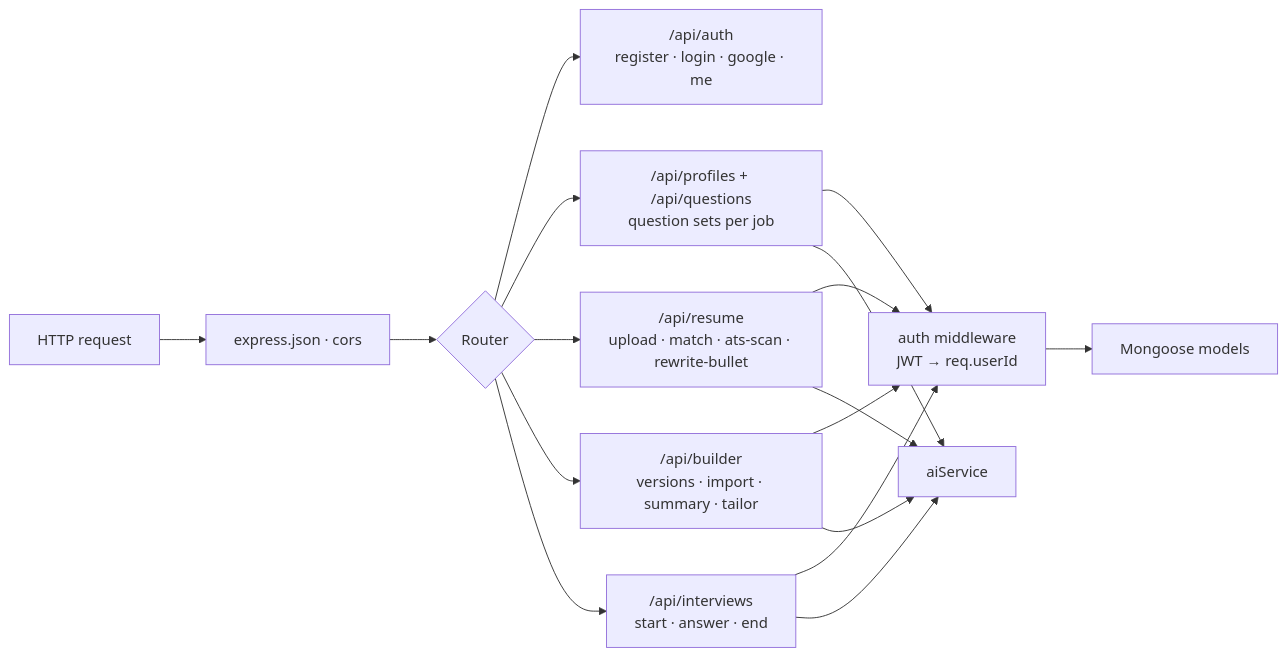
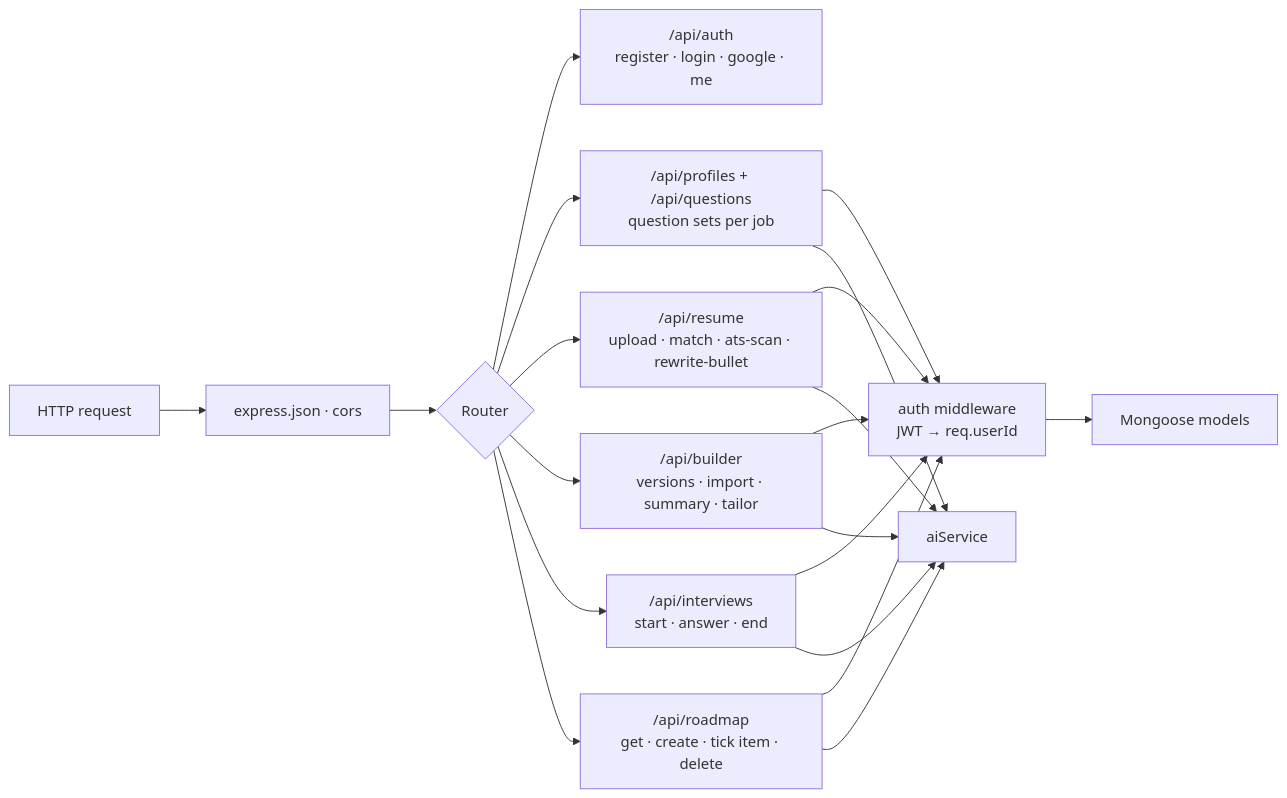
One commit to Yuvraj6387/ai-interview-prep changed the third of 8 diagrams in interview-prep-app/ARCHITECTURE.md. Above: the diagram before and after it, drawn with Mermaid. The commit also changed other lines of this file and 10 other files, not shown here.

First line of the commit message:
Add personalized learning roadmap built from interview results

````diff
--- a/interview-prep-app/ARCHITECTURE.md
+++ b/interview-prep-app/ARCHITECTURE.md
@@ -77,13 +78,14 @@
 ```mermaid
 flowchart LR
     Req["HTTP request"] --> MW["express.json · cors"]
     MW --> R{"Router"}
     R --> A["/api/auth<br/>register · login · google · me"]
     R --> P["/api/profiles + /api/questions<br/>question sets per job"]
     R --> RS["/api/resume<br/>upload · match · ats-scan · rewrite-bullet"]
     R --> B["/api/builder<br/>versions · import · summary · tailor"]
     R --> I["/api/interviews<br/>start · answer · end"]
-    P & RS & B & I --> J["auth middleware<br/>JWT → req.userId"]
+    R --> RM["/api/roadmap<br/>get · create · tick item · delete"]
+    P & RS & B & I & RM --> J["auth middleware<br/>JWT → req.userId"]
     J --> M["Mongoose models"]
-    RS & B & I & P --> AI["aiService"]
+    RS & B & I & P & RM --> AI["aiService"]
 ```
````
